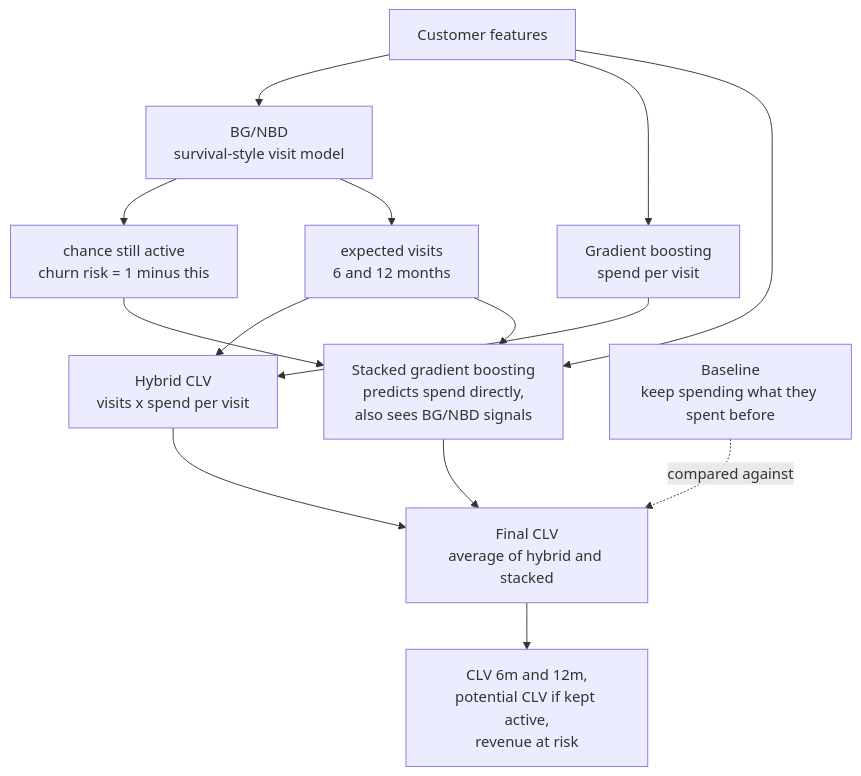
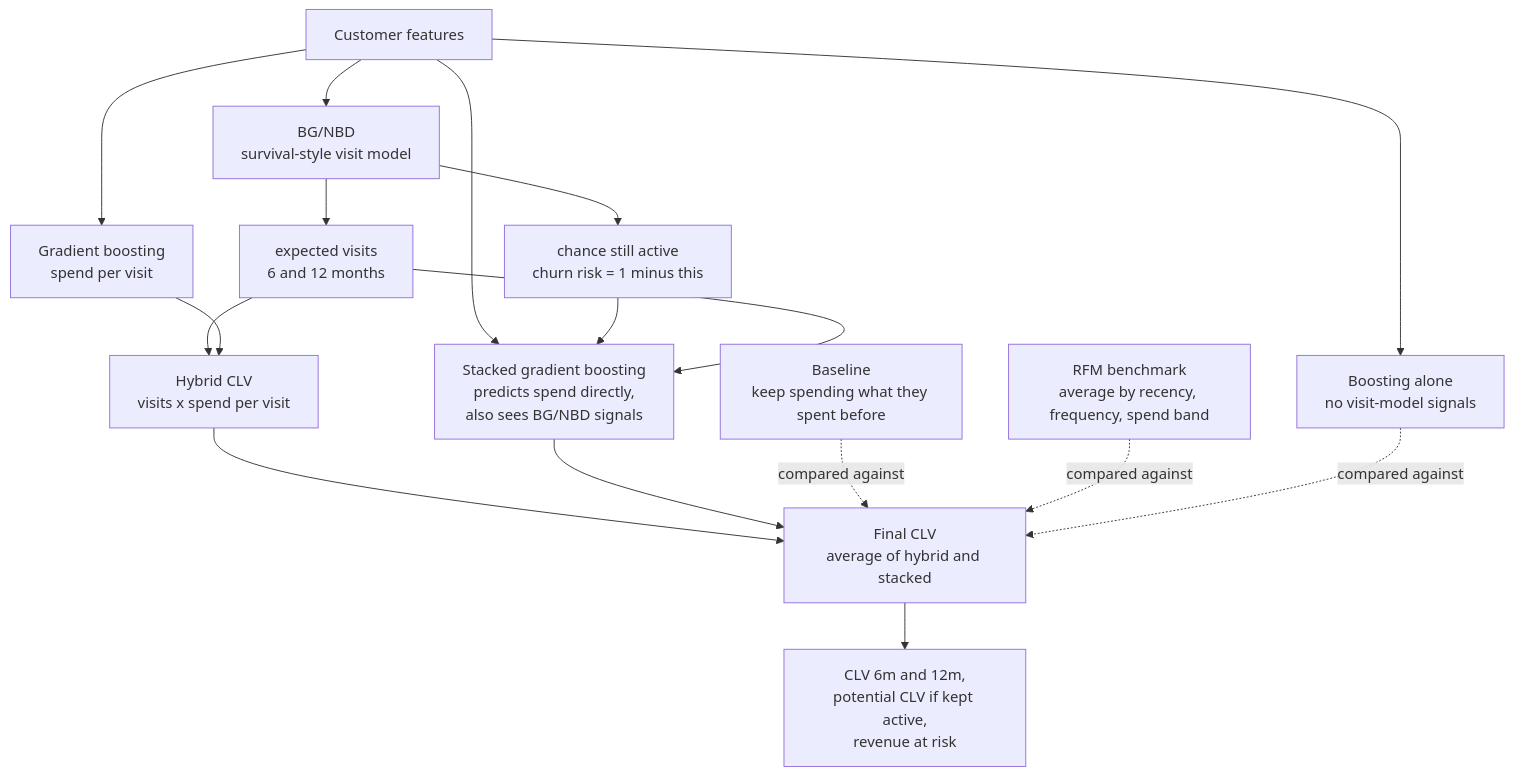
Before and after one commit to inloopsoham/primark-clv: the fourth of 9 diagrams in README.md, drawn with Mermaid. The commit also changed other lines of this file and 5 other files, not shown here.

Commit message:
Add RFM benchmark and full model ladder, Overview sliders; update README and demo script

````diff
--- a/README.md
+++ b/README.md
@@ -160,16 +160,19 @@
 ```mermaid
 flowchart TD
     F[Customer features] --> B[BG/NBD<br/>survival-style visit model]
+    F --> G0[Boosting alone<br/>no visit-model signals]
     F --> G1[Gradient boosting<br/>spend per visit]
     B --> P[chance still active<br/>churn risk = 1 minus this]
     B --> V[expected visits<br/>6 and 12 months]
     V --> H[Hybrid CLV<br/>visits x spend per visit]
     G1 --> H
     F --> G2[Stacked gradient boosting<br/>predicts spend directly,<br/>also sees BG/NBD signals]
     P --> G2
     V --> G2
     H --> FIN[Final CLV<br/>average of hybrid and stacked]
     G2 --> FIN
     FIN --> OUT[CLV 6m and 12m,<br/>potential CLV if kept active,<br/>revenue at risk]
     BASE[Baseline<br/>keep spending what they spent before] -.compared against.-> FIN
+    RFM[RFM benchmark<br/>average by recency, frequency, spend band] -.compared against.-> FIN
+    G0 -.compared against.-> FIN
 ```
````
